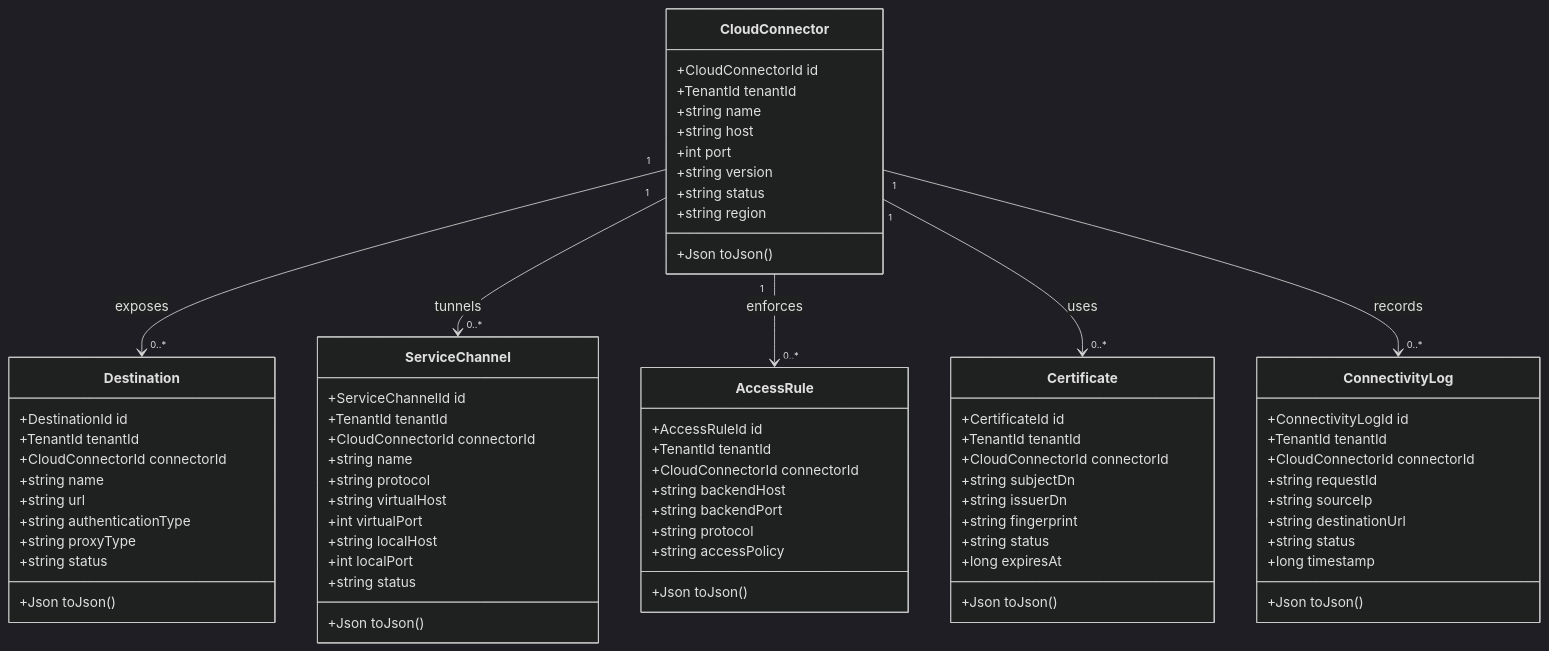
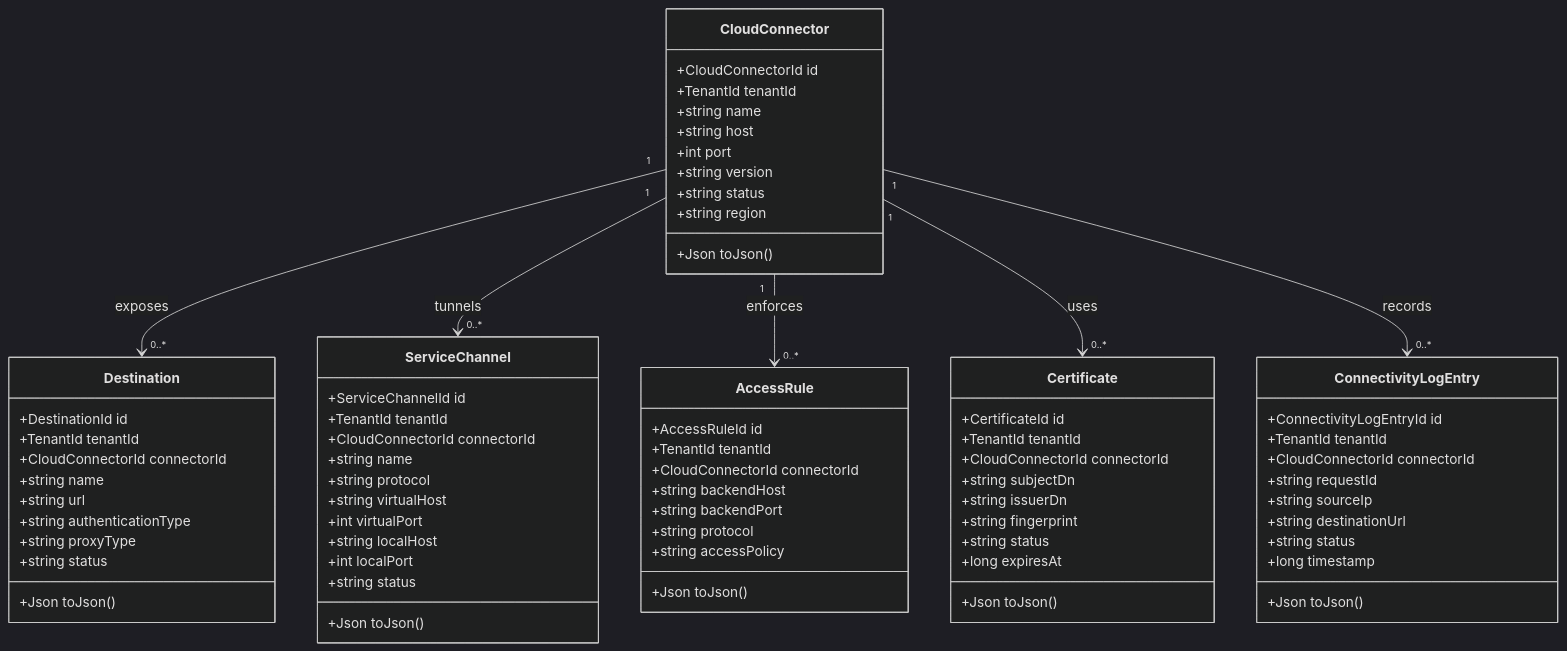
Before and after one commit to UIMSolutions/uim-platform: the first of 3 diagrams in connectivity/UML.md, drawn with Mermaid (dark theme). The commit also changed 13 other files, not shown here.

Commit message:
feat: Update connectivity log structure to use ConnectivityLogEntry for improved clarity and consistency

````diff
--- a/connectivity/UML.md
+++ b/connectivity/UML.md
@@ -5,76 +5,76 @@
 ```mermaid
 classDiagram
     class CloudConnector {
         +CloudConnectorId id
         +TenantId tenantId
         +string name
         +string host
         +int port
         +string version
         +string status
         +string region
         +Json toJson()
     }
     class Destination {
         +DestinationId id
         +TenantId tenantId
         +CloudConnectorId connectorId
         +string name
         +string url
         +string authenticationType
         +string proxyType
         +string status
         +Json toJson()
     }
     class ServiceChannel {
         +ServiceChannelId id
         +TenantId tenantId
         +CloudConnectorId connectorId
         +string name
         +string protocol
         +string virtualHost
         +int virtualPort
         +string localHost
         +int localPort
         +string status
         +Json toJson()
     }
     class AccessRule {
         +AccessRuleId id
         +TenantId tenantId
         +CloudConnectorId connectorId
         +string backendHost
         +string backendPort
         +string protocol
         +string accessPolicy
         +Json toJson()
     }
     class Certificate {
         +CertificateId id
         +TenantId tenantId
         +CloudConnectorId connectorId
         +string subjectDn
         +string issuerDn
         +string fingerprint
         +string status
         +long expiresAt
         +Json toJson()
     }
-    class ConnectivityLog {
-        +ConnectivityLogId id
+    class ConnectivityLogEntry {
+        +ConnectivityLogEntryId id
         +TenantId tenantId
         +CloudConnectorId connectorId
         +string requestId
         +string sourceIp
         +string destinationUrl
         +string status
         +long timestamp
         +Json toJson()
     }
 
     CloudConnector "1" --> "0..*" Destination : exposes
     CloudConnector "1" --> "0..*" ServiceChannel : tunnels
     CloudConnector "1" --> "0..*" AccessRule : enforces
     CloudConnector "1" --> "0..*" Certificate : uses
-    CloudConnector "1" --> "0..*" ConnectivityLog : records
+    CloudConnector "1" --> "0..*" ConnectivityLogEntry : records
 ```
````
